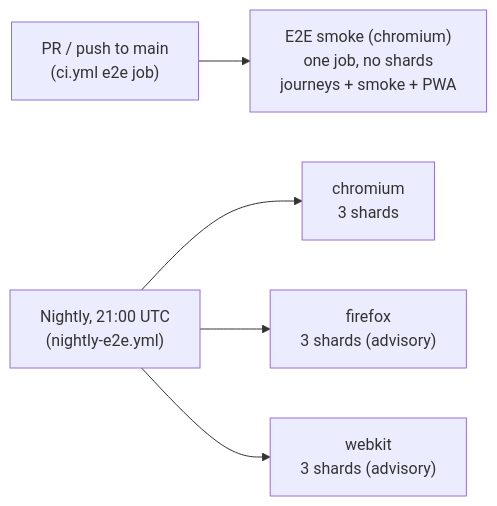
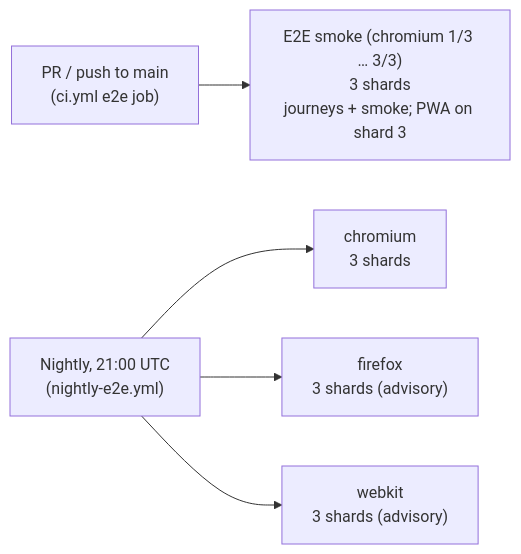
Before and after one commit to tareq89/biddaloy: the eighth of 9 diagrams in README.md, drawn with Mermaid. The commit also changed other lines of this file and 3 other files, not shown here.

First line of the commit message:
[2642] ci: shard the chromium E2E smoke job 3 ways again; PWA runs on the last shard

````diff
--- a/README.md
+++ b/README.md
@@ -815,7 +814,7 @@
 ```mermaid
 flowchart LR
-    PR["PR / push to main\n(ci.yml e2e job)"] --> C["E2E smoke (chromium)\none job, no shards\njourneys + smoke + PWA"]
+    PR["PR / push to main\n(ci.yml e2e job)"] --> C["E2E smoke (chromium 1/3 … 3/3)\n3 shards\njourneys + smoke; PWA on shard 3"]
     N["Nightly, 21:00 UTC\n(nightly-e2e.yml)"] --> CH["chromium\n3 shards"]
     N --> FF["firefox\n3 shards (advisory)"]
     N --> WK["webkit\n3 shards (advisory)"]
 ```
````
